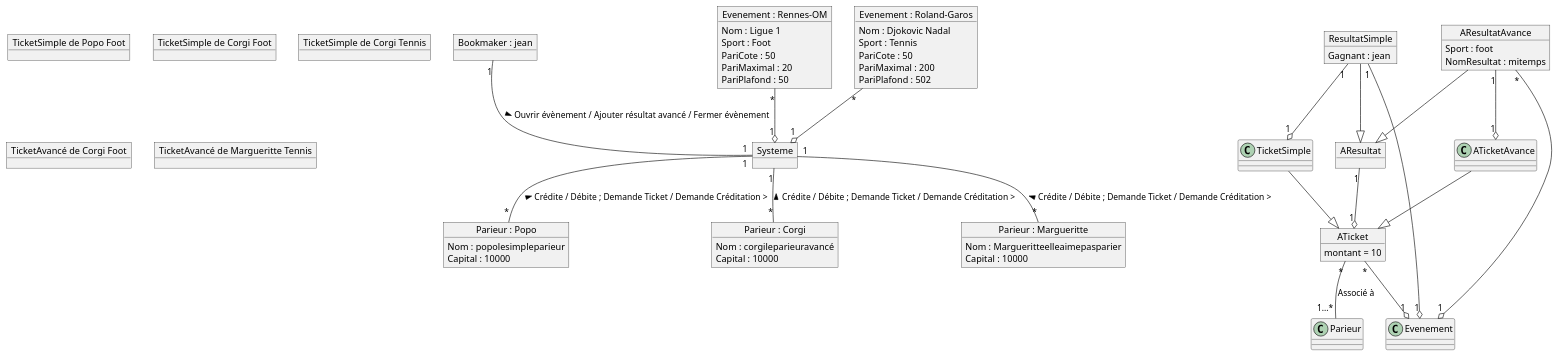
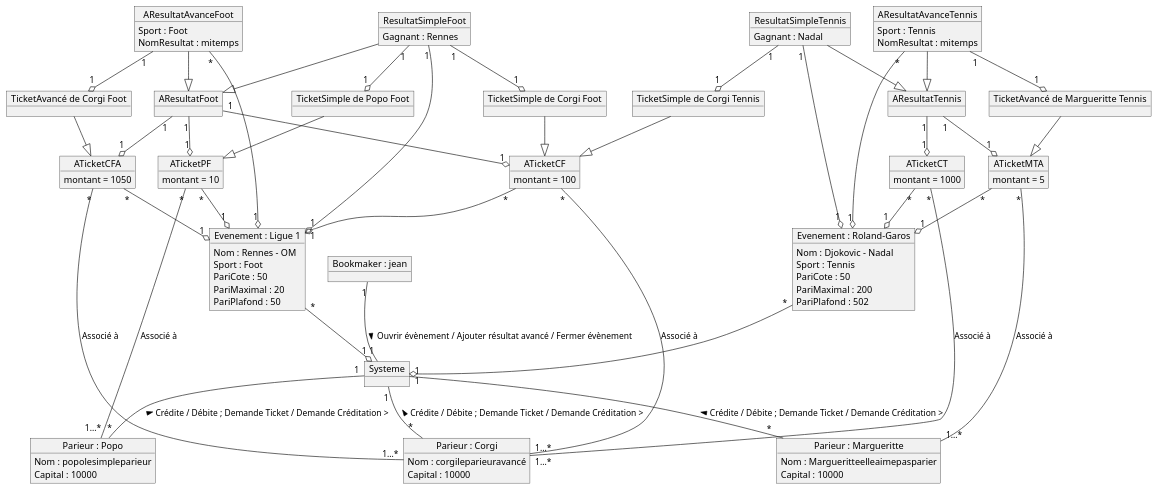
The diagram in objet.plantuml (marrryzebwjq/Site-de-paris), drawn with PlantUML before and after one commit.

Commit message:
Diagramme d'objets associé au vieux diagramme de classes

```diff
--- a/objet.plantuml
+++ b/objet.plantuml
@@ -1,91 +1,188 @@
 @startuml
 
 
 object "Bookmaker : jean" as Bookmaker
 object Systeme
 
 Bookmaker "1" -- "1" Systeme : "Ouvrir évènement / Ajouter résultat avancé / Fermer évènement >"
 
 
 
 
-object "Evenement : Rennes-OM" as EvenementF {
-    Nom : Ligue 1
+
+
+object "Evenement : Ligue 1" as EvenementF {
+    Nom : Rennes - OM
     Sport : Foot
     PariCote : 50
     PariMaximal : 20
     PariPlafond : 50
 }
+EvenementF "*" --o "1" Systeme
+
+
+object AResultatFoot
+object ResultatSimpleFoot {
+    Gagnant : Rennes
+}
+object AResultatAvanceFoot {
+    Sport : Foot
+    NomResultat : mitemps
+}
+ResultatSimpleFoot "1" --o "1" EvenementF
+ResultatSimpleFoot --|> AResultatFoot
+AResultatAvanceFoot "*" --o "1" EvenementF
+AResultatAvanceFoot --|> AResultatFoot
+
+
+
 object "Evenement : Roland-Garos" as EvenementT {
-    Nom : Djokovic Nadal
+    Nom : Djokovic - Nadal
     Sport : Tennis
     PariCote : 50
     PariMaximal : 200
     PariPlafond : 502
 }
+EvenementT "*" --o "1" Systeme
 
-EvenementF "*" --o "1" Systeme
-EvenementT "*" --o "1" Systeme
+
+object AResultatTennis
+object ResultatSimpleTennis {
+    Gagnant : Nadal
+}
+object AResultatAvanceTennis {
+    Sport : Tennis
+    NomResultat : mitemps
+}
+ResultatSimpleTennis "1" --o "1" EvenementT
+ResultatSimpleTennis --|> AResultatTennis
+AResultatAvanceTennis "*" --o "1" EvenementT
+AResultatAvanceTennis --|> AResultatTennis
+
+
+
+
+
+
 
 
 
 
 object "Parieur : Popo" as ParieurP {
     Nom : popolesimpleparieur
     Capital : 10000
 }
+Systeme "1" -- "*" ParieurP : "< Crédite / Débite ; Demande Ticket / Demande Créditation >"
+
+
+
+object ATicketPF {
+    montant = 10
+}
+object "TicketSimple de Popo Foot" as TicketSimplePF
+
+ATicketPF "*" -- "1...*" ParieurP : "Associé à"
+ATicketPF "*" --o "1" EvenementF
+
+TicketSimplePF --|> ATicketPF
+
+AResultatFoot "1" --o "1" ATicketPF
+ResultatSimpleFoot "1" --o "1" TicketSimplePF
+
+
+
+
+
+
+
+
+
+
 object "Parieur : Corgi" as ParieurC {
     Nom : corgileparieuravancé
     Capital : 10000
 }
+Systeme "1" -- "*" ParieurC : "< Crédite / Débite ; Demande Ticket / Demande Créditation >"
+
+
+
+object ATicketCF {
+    montant = 100
+}
+object "TicketSimple de Corgi Foot" as TicketSimpleCF
+
+ATicketCF "*" -- "1...*" ParieurC : "Associé à"
+ATicketCF "*" --o "1" EvenementF
+
+TicketSimpleCF --|> ATicketCF
+
+AResultatFoot "1" --o "1" ATicketCF
+ResultatSimpleFoot "1" --o "1" TicketSimpleCF
+
+
+
+object ATicketCT {
+    montant = 1000
+}
+object "TicketSimple de Corgi Tennis" as TicketSimpleCT
+
+ATicketCT "*" -- "1...*" ParieurC : "Associé à"
+ATicketCT "*" --o "1" EvenementT
+
+TicketSimpleCT --|> ATicketCF
+
+AResultatTennis "1" --o "1" ATicketCT
+ResultatSimpleTennis "1" --o "1" TicketSimpleCT
+
+
+
+object ATicketCFA {
+    montant = 1050
+}
+object "TicketAvancé de Corgi Foot" as ATicketAvanceCF
+
+ATicketCFA "*" -- "1...*" ParieurC : "Associé à"
+ATicketCFA "*" --o "1" EvenementF
+
+ATicketAvanceCF --|> ATicketCFA
+
+AResultatFoot "1" --o "1" ATicketCFA
+AResultatAvanceFoot "1" --o "1" ATicketAvanceCF
+
+
+
+
+
+
+
+
+
+
+
+
 object "Parieur : Margueritte" as ParieurM {
     Nom : Margueritteelleaimepasparier
     Capital : 10000
 }
 
-Systeme "1" -- "*" ParieurP : "< Crédite / Débite ; Demande Ticket / Demande Créditation >"
-Systeme "1" -- "*" ParieurC : "< Crédite / Débite ; Demande Ticket / Demande Créditation >"
 Systeme "1" -- "*" ParieurM : "< Crédite / Débite ; Demande Ticket / Demande Créditation >"
 
 
 
-
-object "TicketSimple de Popo Foot" as TicketSimplePF
-object "TicketSimple de Corgi Foot" as TicketSimpleCF
-object "TicketSimple de Corgi Tennis" as TicketSimpleCT
-object "TicketAvancé de Corgi Foot" as TicketAvanceCF
+object ATicketMTA {
+    montant = 5
+}
 object "TicketAvancé de Margueritte Tennis" as ATicketAvanceMT
 
-object ATicket {
-    montant = 10
-}
+ATicketMTA "*" -- "1...*" ParieurM : "Associé à"
+ATicketMTA "*" --o "1" EvenementT
 
-ATicket "*" -- "1...*" Parieur : "Associé à"
-ATicket "*" --o "1" Evenement
+ATicketAvanceMT --|> ATicketMTA
 
-TicketSimple --|> ATicket
-ATicketAvance --|> ATicket
+AResultatTennis "1" --o "1" ATicketMTA
+AResultatAvanceTennis "1" --o "1" ATicketAvanceMT
 
 
 
 
-object AResultat
-object ResultatSimple {
-    Gagnant : jean
-}
-object AResultatAvance {
-    Sport : foot
-    NomResultat : mitemps
-}
-
-AResultat "1" --o "1" ATicket
-
-ResultatSimple "1" --o "1" Evenement
-ResultatSimple --|> AResultat
-ResultatSimple "1" --o "1" TicketSimple
-
-AResultatAvance "*" --o "1" Evenement
-AResultatAvance --|> AResultat
-AResultatAvance "1" --o "1" ATicketAvance
-
 @enduml
```
